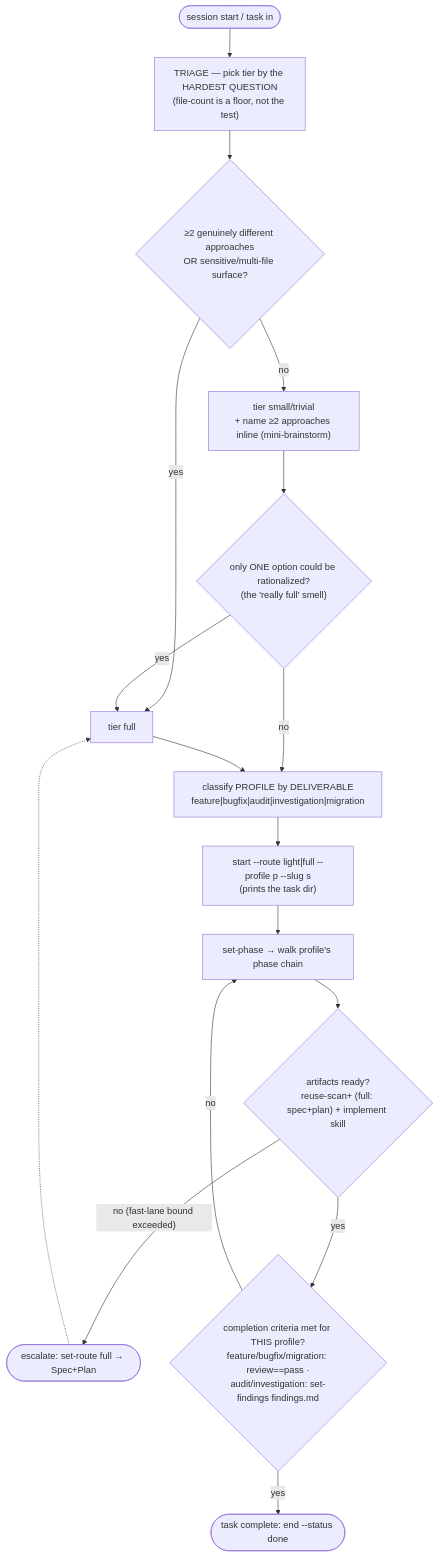
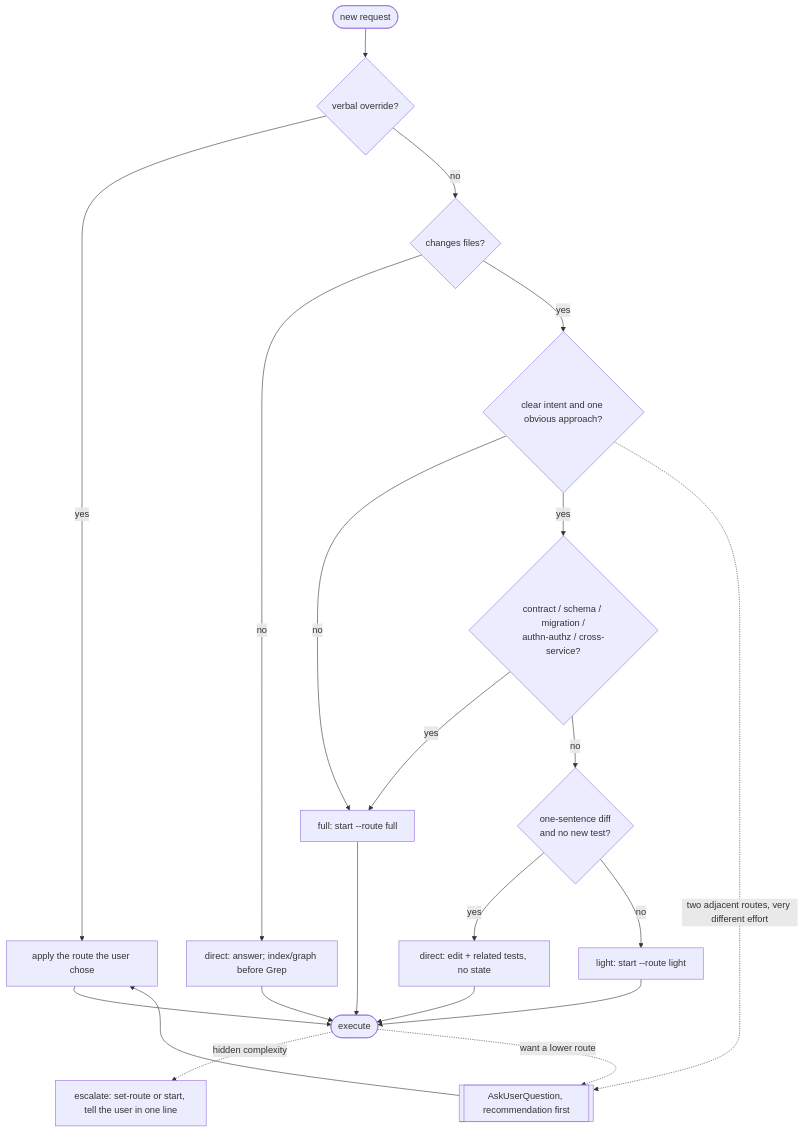
One commit to taipt1504/claudehut changed the diagram in skills/claudehut-workflow/SKILL.md. Above: the diagram before and after it, drawn with Mermaid. The commit also changed other lines of this file and 51 other files, not shown here.

````diff
--- a/skills/claudehut-workflow/SKILL.md
+++ b/skills/claudehut-workflow/SKILL.md
@@ -14,19 +24,23 @@
 ```mermaid
 flowchart TB
-  start(["session start / task in"]) --> tri["TRIAGE — pick tier by the HARDEST QUESTION<br/>(file-count is a floor, not the test)"]
-  tri --> mini{"≥2 genuinely different approaches<br/>OR sensitive/multi-file surface?"}
-  mini -- "yes" --> full["tier full"]
-  mini -- "no" --> fast["tier small/trivial<br/>+ name ≥2 approaches inline (mini-brainstorm)"]
-  fast --> smell{"only ONE option could be rationalized?<br/>(the 'really full' smell)"}
-  smell -- "yes" --> full
-  smell -- "no" --> prof
-  full --> prof["classify PROFILE by DELIVERABLE<br/>feature|bugfix|audit|investigation|migration"]
-  prof --> st["start --route light|full --profile p --slug s<br/>(prints the task dir)"]
-  st --> phase["set-phase → walk profile's phase chain"]
-  phase --> wgate{"artifacts ready?<br/>reuse-scan+ (full: spec+plan) + implement skill"}
-  wgate -- "no (fast-lane bound exceeded)" --> esc(["escalate: set-route full → Spec+Plan"])
-  esc -.-> full
-  wgate -- "yes" --> done{"completion criteria met for THIS profile?<br/>feature/bugfix/migration: review==pass ·<br/>audit/investigation: set-findings findings.md"}
-  done -- "no" --> phase
-  done -- "yes" --> fin(["task complete: end --status done"])
+  req(["new request"]) --> ovr{"verbal override?"}
+  ovr -- yes --> set["apply the route the user chose"]
+  ovr -- no --> chg{"changes files?"}
+  chg -- no --> D["direct: answer; index/graph before Grep"]
+  chg -- yes --> clr{"clear intent and one obvious approach?"}
+  clr -- no --> F["full: start --route full"]
+  clr -- yes --> risk{"contract / schema / migration /<br/>authn-authz / cross-service?"}
+  risk -- yes --> F
+  risk -- no --> one{"one-sentence diff<br/>and no new test?"}
+  one -- yes --> D2["direct: edit + related tests, no state"]
+  one -- no --> L["light: start --route light"]
+  clr -.->|"two adjacent routes, very different effort"| ask[["AskUserQuestion, recommendation first"]]
+  ask --> set
+  go(["execute"]) -.->|"hidden complexity"| up["escalate: set-route or start, tell the user in one line"]
+  go -.->|"want a lower route"| ask
+  set --> go
+  D --> go
+  D2 --> go
+  L --> go
+  F --> go
 ```
````
